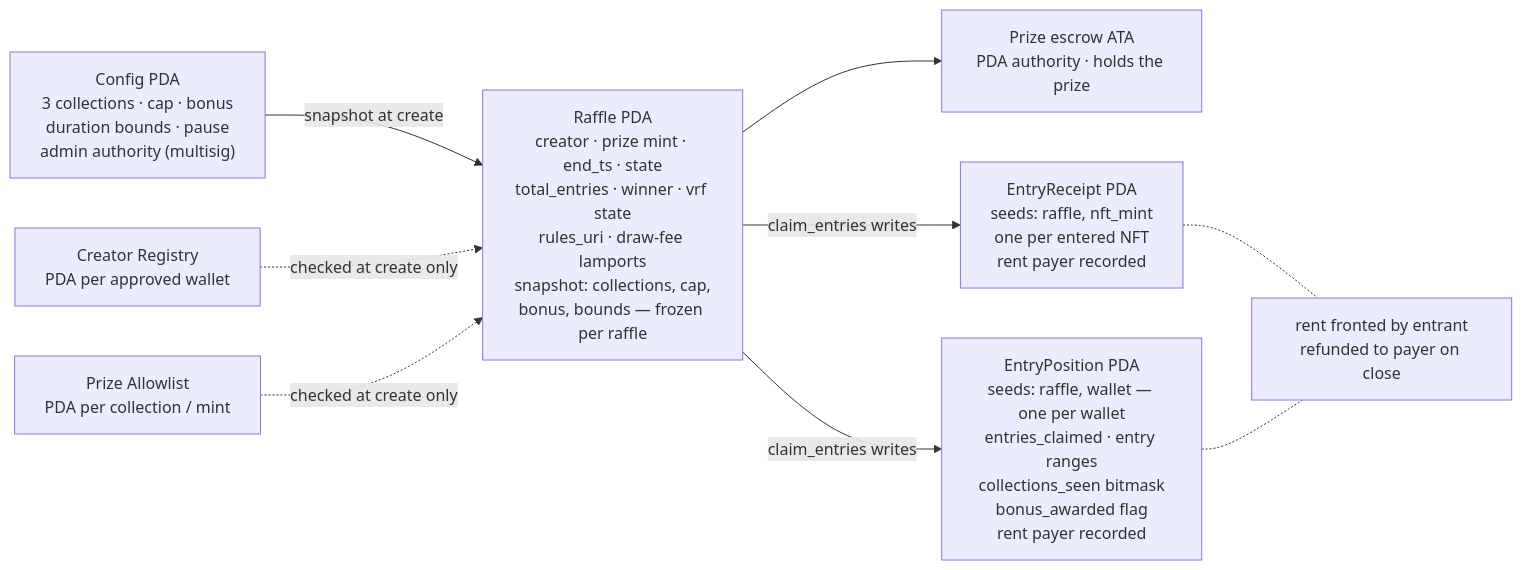
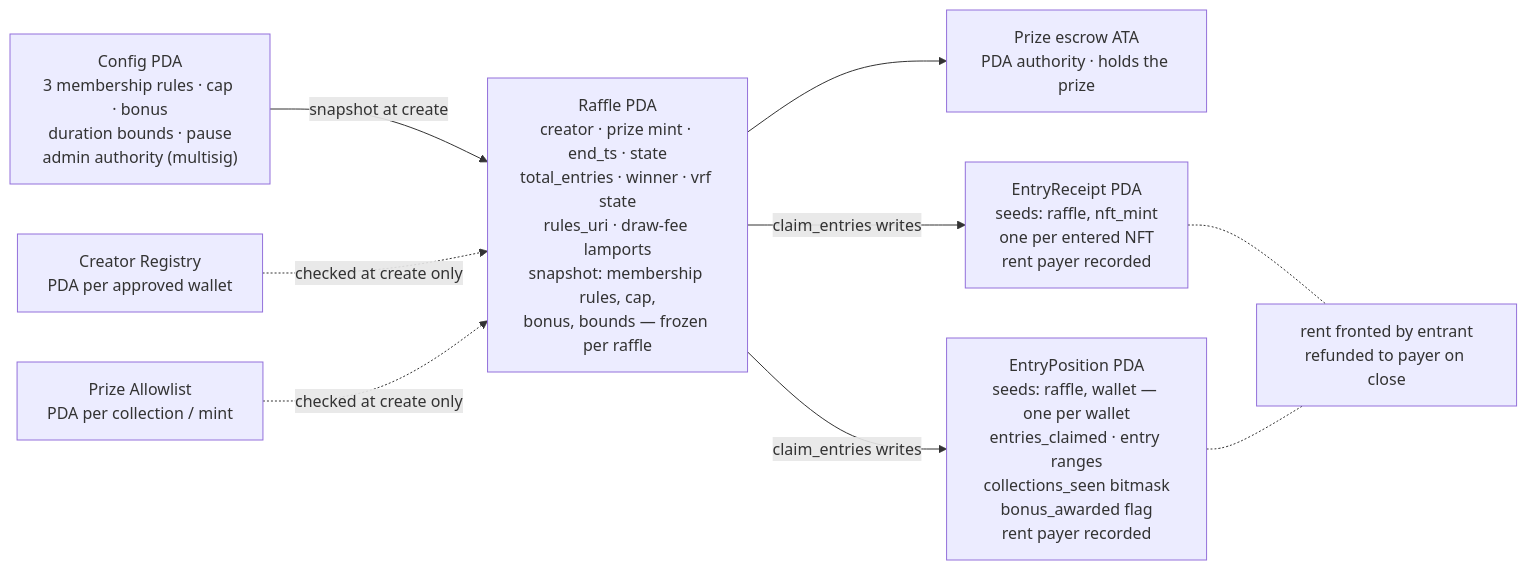
Before and after one commit to piggygang/raffles: the second of 2 diagrams in docs/piggygang-raffles-v1-spec.md, drawn with Mermaid. The commit also changed other lines of this file and 2 other files, not shown here.

Commit message:
docs(spec): record D19 holder proof by membership rules (#5)

````diff
--- a/docs/piggygang-raffles-v1-spec.md
+++ b/docs/piggygang-raffles-v1-spec.md
@@ -245,19 +248,19 @@
 ```mermaid
 flowchart LR
-    CFG["Config PDA<br>3 collections · cap · bonus<br>duration bounds · pause<br>admin authority (multisig)"]
+    CFG["Config PDA<br>3 membership rules · cap · bonus<br>duration bounds · pause<br>admin authority (multisig)"]
     REG["Creator Registry<br>PDA per approved wallet"]
     ALW["Prize Allowlist<br>PDA per collection / mint"]
-    RAF["Raffle PDA<br>creator · prize mint · end_ts · state<br>total_entries · winner · vrf state<br>rules_uri · draw-fee lamports<br>snapshot: collections, cap,<br>bonus, bounds — frozen per raffle"]
+    RAF["Raffle PDA<br>creator · prize mint · end_ts · state<br>total_entries · winner · vrf state<br>rules_uri · draw-fee lamports<br>snapshot: membership rules, cap,<br>bonus, bounds — frozen per raffle"]
     ESC["Prize escrow ATA<br>PDA authority · holds the prize"]
     ER["EntryReceipt PDA<br>seeds: raffle, nft_mint<br>one per entered NFT<br>rent payer recorded"]
     EP["EntryPosition PDA<br>seeds: raffle, wallet — one per wallet<br>entries_claimed · entry ranges<br>collections_seen bitmask<br>bonus_awarded flag<br>rent payer recorded"]
     RENT["rent fronted by entrant<br>refunded to payer on close"]
     CFG -->|snapshot at create| RAF
     REG -.->|checked at create only| RAF
     ALW -.->|checked at create only| RAF
     RAF --> ESC
     RAF -->|claim_entries writes| ER
     RAF -->|claim_entries writes| EP
     ER -.- RENT
     EP -.- RENT
 ```
````
